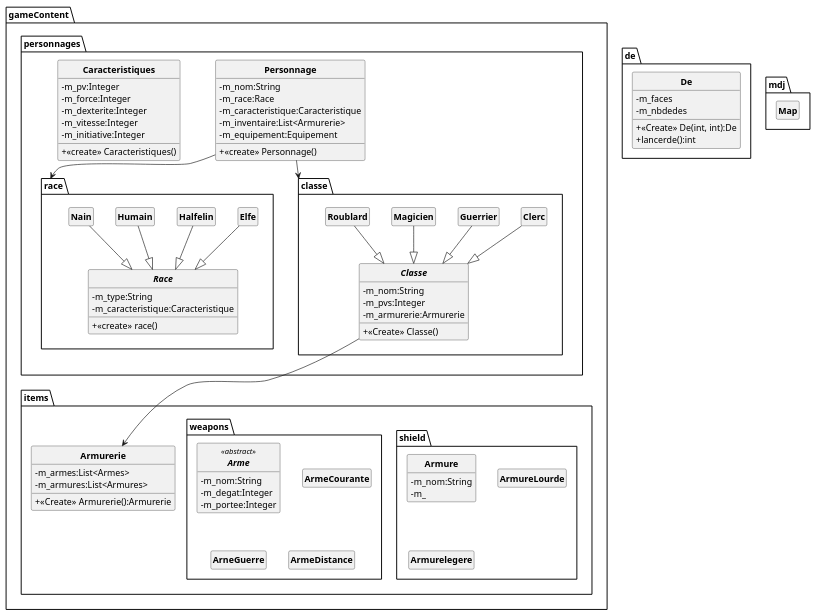
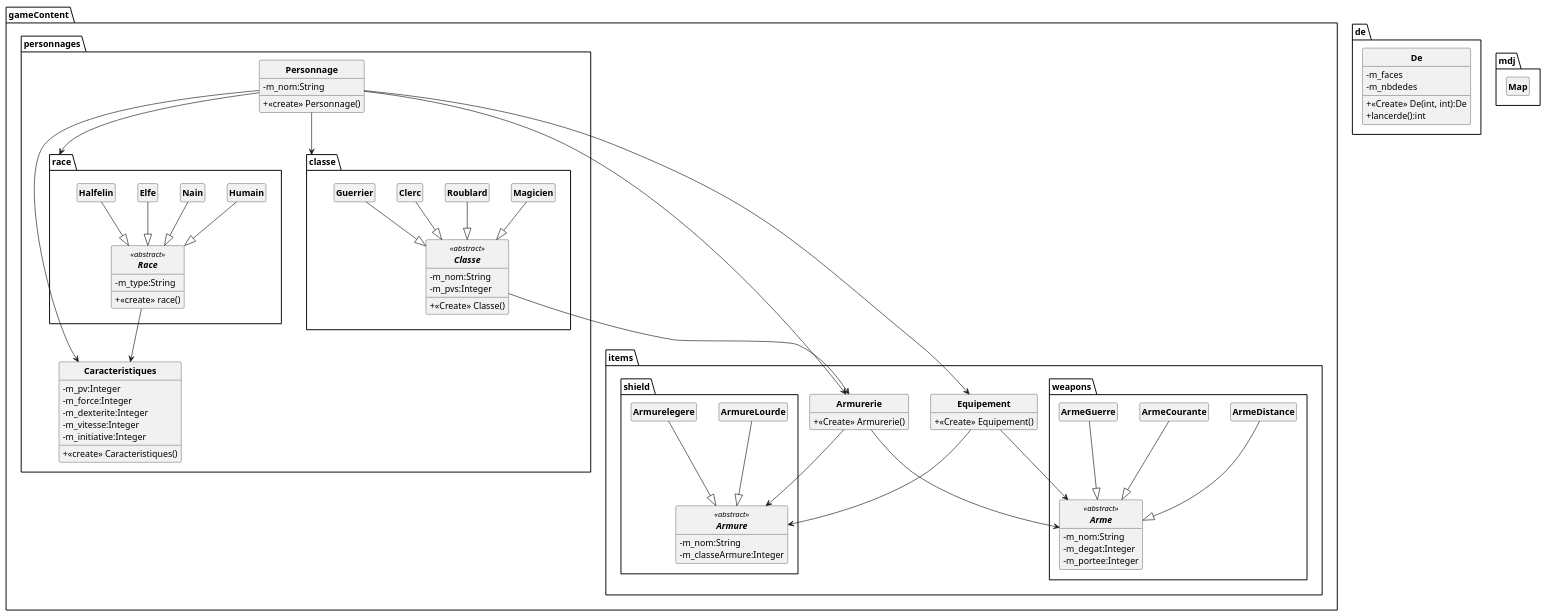
Before and after one commit to pataatee/DOOnjons-et-Dragons: the diagram in uml/DoojonEtDragons.puml, drawn with PlantUML. The commit also changed 8 other files, not shown here.

Commit message:
Armurerie pu une interface, adaptation des armes et personnages. modifs de l'uml

```diff
--- a/uml/DoojonEtDragons.puml
+++ b/uml/DoojonEtDragons.puml
@@ -1,150 +1,155 @@
 @startuml
 'https://plantuml.com/class-diagram
 scale 1
 
 skinparam classAttributeIconSize 0
 skinparam classFontStyle Bold
 skinparam style strictuml
 hide empty members
 
 package gameContent
 {
     package personnages
     {
         class Personnage {
             +<<create>> Personnage()
             -m_nom:String
-            -m_race:Race
-            -m_caracteristique:Caracteristique
-            -m_inventaire:List<Armurerie>
-            -m_equipement:Equipement
         }
         Personnage --> race
         Personnage --> classe
+        Personnage --> Caracteristiques
+        Personnage --> gameContent.items.Armurerie
+        Personnage --> gameContent.items.Equipement
 
         package race{
-            abstract class Race {
+            abstract class Race <<abstract>>{
                 +<<create>> race()
                 -m_type:String
-                -m_caracteristique:Caracteristique
             }
             class Elfe {
             }
             class Halfelin {
             }
             class Humain {
             }
             class Nain {
             }
             Humain --|> Race
             Nain --|> Race
             Elfe --|> Race
             Halfelin --|> Race
         }
+        Race --> Caracteristiques
 
         class Caracteristiques {
             +<<create>> Caracteristiques()
             -m_pv:Integer
             -m_force:Integer
             -m_dexterite:Integer
             -m_vitesse:Integer
             -m_initiative:Integer
         }
         package classe{
-            abstract class Classe {
+            abstract class Classe <<abstract>> {
                 +<<Create>> Classe()
                 -m_nom:String
                 -m_pvs:Integer
-                -m_armurerie:Armurerie
             }
             class Clerc {
             }
             class Guerrier {
             }
             class Magicien {
             }
             class Roublard {
             }
             Clerc --|> Classe
             Guerrier --|> Classe
             Magicien --|> Classe
             Roublard --|> Classe
             Classe --> gameContent.items.Armurerie
         }
-
-
     }
 
     package items
     {
 
         class Armurerie {
-            +<<Create>> Armurerie():Armurerie
-            -m_armes:List<Armes>
-            -m_armures:List<Armures>
+            +<<Create>> Armurerie()
+
         }
+        Armurerie --> shield.Armure
+        Armurerie -->  weapons.Arme
+
+        class Equipement {
+            +<<Create>> Equipement()
+        }
+        Equipement --> shield.Armure
+        Equipement --> weapons.Arme
 
         package shield {
 
-            class Armure {
+            abstract class Armure <<abstract>> {
                 -m_nom:String
-                -m_
+                -m_classeArmure:Integer
             }
 
             class ArmureLourde {
 
             }
 
             class Armurelegere {
 
             }
+            Armurelegere --|> Armure
+            ArmureLourde --|> Armure
 
         }
 
         package weapons {
 
             abstract class Arme <<abstract>> {
                 -m_nom:String
                 -m_degat:Integer
                 -m_portee:Integer
             }
 
             class ArmeCourante {
 
             }
 
-            class ArneGuerre {
+            class ArmeGuerre {
 
             }
 
             class ArmeDistance {
 
             }
+            ArmeCourante --|> Arme
+            ArmeDistance --|> Arme
+            ArmeGuerre --|> Arme
 
         }
 
 
 
 
 
 
     }
 }
 
 package de {
     class De {
         -m_faces
         -m_nbdedes
         +<<Create>> De(int, int):De
         +lancerde():int
     }
 }
 package mdj {
     class Map{
     }
 }
 
-
-
-
 @enduml
```
